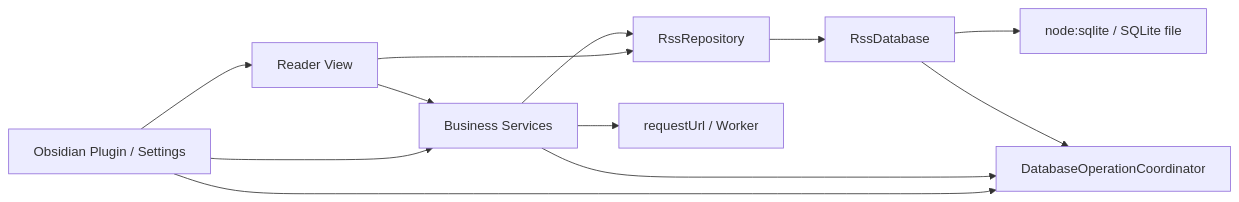
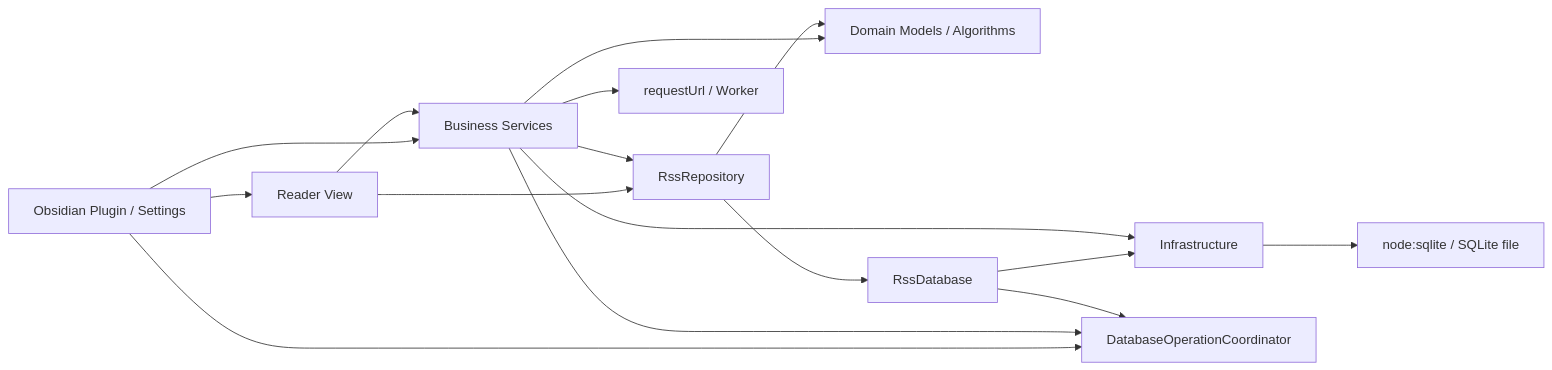
One commit to ApoclyReol/Academic_RSS_Reader-Obsidian changed the first of 2 diagrams in docs/ARCHITECTURE.md. Above: the diagram before and after it, drawn with Mermaid. The commit also changed other lines of this file and 45 other files, not shown here.

````diff
--- a/docs/ARCHITECTURE.md
+++ b/docs/ARCHITECTURE.md
@@ -8,14 +8,18 @@
 ```mermaid
 flowchart LR
     O["Obsidian Plugin / Settings"] --> V["Reader View"]
     O --> S["Business Services"]
     V --> S
     V --> R["RssRepository"]
     S --> R
+    S --> M["Domain Models / Algorithms"]
+    R --> M
     R --> D["RssDatabase"]
-    D --> N["node:sqlite / SQLite file"]
+    D --> I["Infrastructure"]
+    S --> I
+    I --> N["node:sqlite / SQLite file"]
     S --> W["requestUrl / Worker"]
     O --> C["DatabaseOperationCoordinator"]
     S --> C
     D --> C
 ```
````
